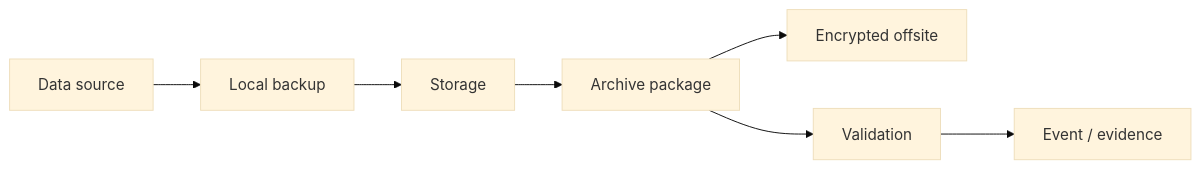
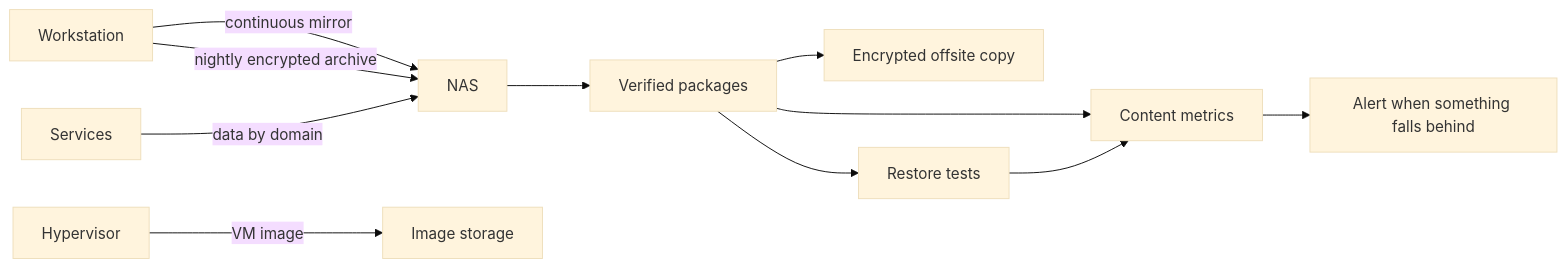
One commit to Nicolasperaltait/homelab changed the diagram in docs/en/05-backup-and-recovery.md. Above: the diagram before and after it, drawn with Mermaid (base theme). The commit also changed other lines of this file and 16 other files, not shown here.

````diff
--- a/docs/en/05-backup-and-recovery.md
+++ b/docs/en/05-backup-and-recovery.md
@@ -29,9 +34,13 @@
 ```mermaid
 flowchart LR
-    A[Data source] --> B[Local backup]
-    B --> C[Storage]
-    C --> D[Archive package]
-    D --> E[Encrypted offsite]
-    D --> F[Validation]
-    F --> G[Event / evidence]
+    WS[Workstation] -->|continuous mirror| NAS[NAS]
+    WS -->|nightly encrypted archive| NAS
+    SRV[Services] -->|data by domain| NAS
+    HV[Hypervisor] -->|VM image| IMG[Image storage]
+    NAS --> PKG[Verified packages]
+    PKG --> OFF[Encrypted offsite copy]
+    PKG --> DR[Restore tests]
+    PKG --> MET[Content metrics]
+    DR --> MET
+    MET --> AL[Alert when something falls behind]
 ```
````
